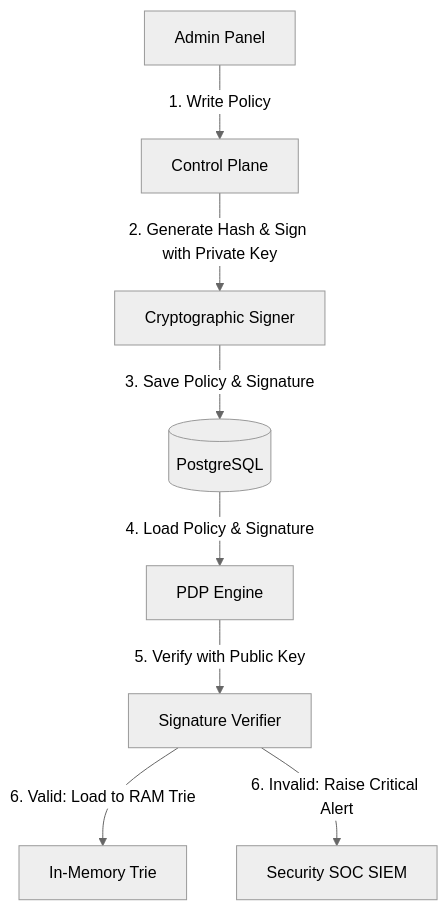
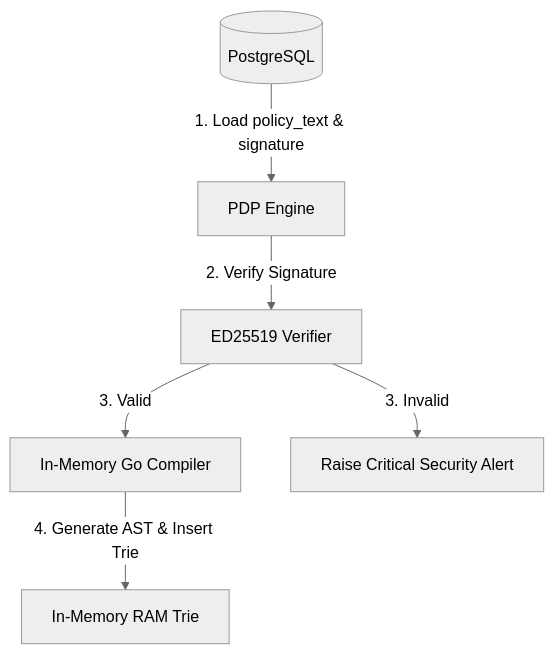
The diagram in docs/security/policy-tampering.md (Rochthii/standalone-policy-engine), drawn with Mermaid (neutral theme) before and after one commit. The commit also changed other lines of this file and 3 other files, not shown here.

Commit message:
docs: update requirements, grammar, security and engine specs with review patches

````diff
--- a/docs/security/policy-tampering.md
+++ b/docs/security/policy-tampering.md
@@ -17,11 +20,10 @@
 ```mermaid
 graph TD
-    Admin[Admin Panel] -->|1. Write Policy| Control[Control Plane]
-    Control -->|2. Generate Hash & Sign with Private Key| Signer[Cryptographic Signer]
-    Signer -->|3. Save Policy & Signature| DB[(PostgreSQL)]
-
-    DB -->|4. Load Policy & Signature| PDP[PDP Engine]
-    PDP -->|5. Verify with Public Key| Verifier[Signature Verifier]
-    Verifier -->|6. Valid: Load to RAM Trie| RAM[In-Memory Trie]
-    Verifier -->|6. Invalid: Raise Critical Alert| SIEM[Security SOC SIEM]
+    DB[(PostgreSQL)] -->|1. Load policy_text & signature| PDP[PDP Engine]
+    PDP -->|2. Verify Signature| Verifier[ED25519 Verifier]
+    
+    Verifier -->|3. Valid| Compiler[In-Memory Go Compiler]
+    Verifier -->|3. Invalid| Alert[Raise Critical Security Alert]
+    
+    Compiler -->|4. Generate AST & Insert Trie| RAM[In-Memory RAM Trie]
 ```
````
